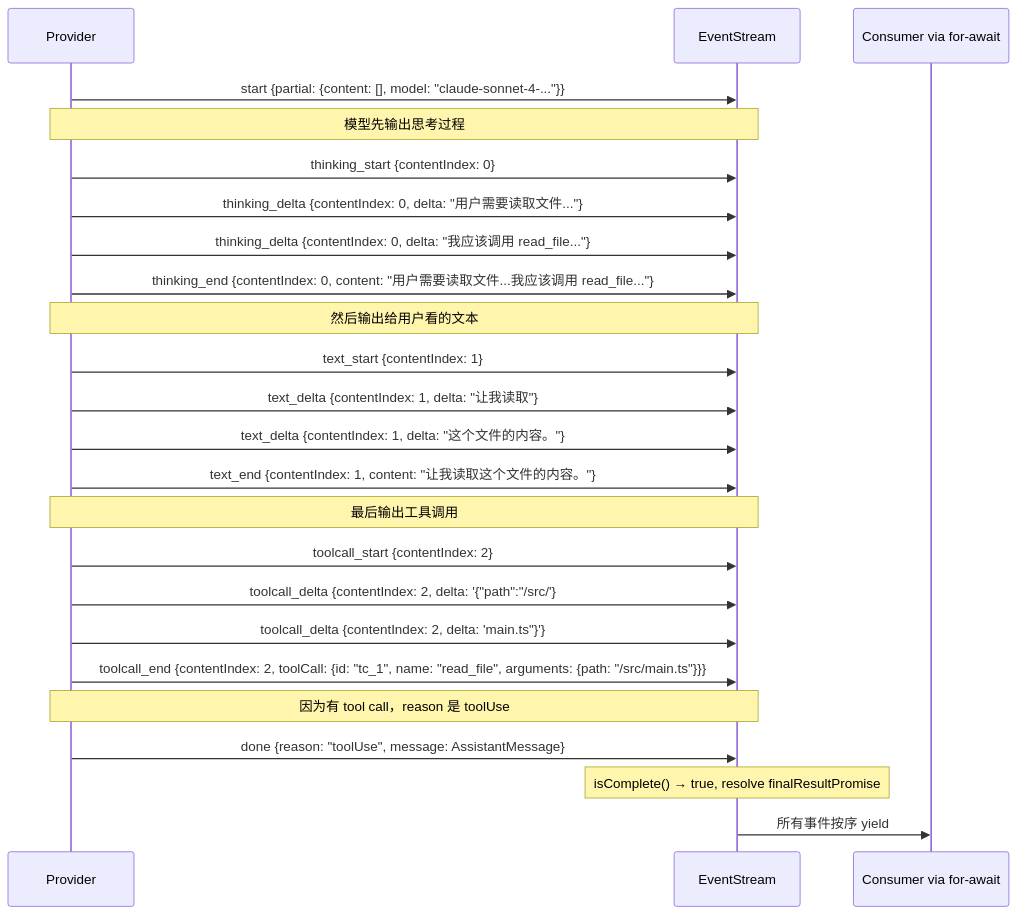
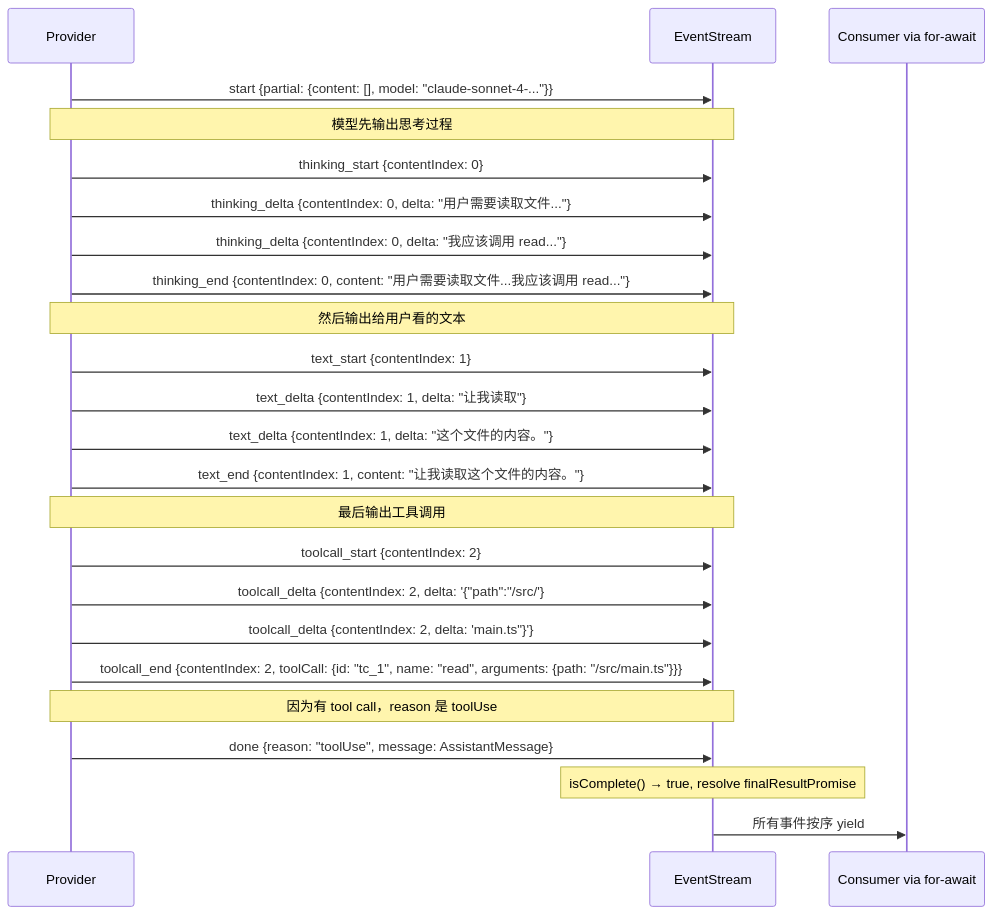
Before and after one commit to endlessc/pi-book: the diagram in src/ch06-event-stream.md, drawn with Mermaid. The commit also changed other lines of this file and 7 other files, not shown here.

Commit message:
Polish 8 chapters: mermaid fixes, cross-ref corrections, minor edits

````diff
--- a/src/ch06-event-stream.md
+++ b/src/ch06-event-stream.md
@@ -366,31 +366,31 @@
 ```mermaid
 sequenceDiagram
     participant P as Provider
     participant S as EventStream
     participant C as Consumer via for-await
 
     P->>S: start {partial: {content: [], model: "claude-sonnet-4-..."}}
     
     Note over P,S: 模型先输出思考过程
     P->>S: thinking_start {contentIndex: 0}
     P->>S: thinking_delta {contentIndex: 0, delta: "用户需要读取文件..."}
-    P->>S: thinking_delta {contentIndex: 0, delta: "我应该调用 read_file..."}
-    P->>S: thinking_end {contentIndex: 0, content: "用户需要读取文件...我应该调用 read_file..."}
+    P->>S: thinking_delta {contentIndex: 0, delta: "我应该调用 read..."}
+    P->>S: thinking_end {contentIndex: 0, content: "用户需要读取文件...我应该调用 read..."}
     
     Note over P,S: 然后输出给用户看的文本
     P->>S: text_start {contentIndex: 1}
     P->>S: text_delta {contentIndex: 1, delta: "让我读取"}
     P->>S: text_delta {contentIndex: 1, delta: "这个文件的内容。"}
     P->>S: text_end {contentIndex: 1, content: "让我读取这个文件的内容。"}
 
     Note over P,S: 最后输出工具调用
     P->>S: toolcall_start {contentIndex: 2}
     P->>S: toolcall_delta {contentIndex: 2, delta: '{"path":"/src/'}
     P->>S: toolcall_delta {contentIndex: 2, delta: 'main.ts"}'}
-    P->>S: toolcall_end {contentIndex: 2, toolCall: {id: "tc_1", name: "read_file", arguments: {path: "/src/main.ts"}}}
+    P->>S: toolcall_end {contentIndex: 2, toolCall: {id: "tc_1", name: "read", arguments: {path: "/src/main.ts"}}}
 
     Note over P,S: 因为有 tool call，reason 是 toolUse
     P->>S: done {reason: "toolUse", message: AssistantMessage}
     Note over S: isComplete() → true, resolve finalResultPromise
     S->>C: 所有事件按序 yield
 ```
````
